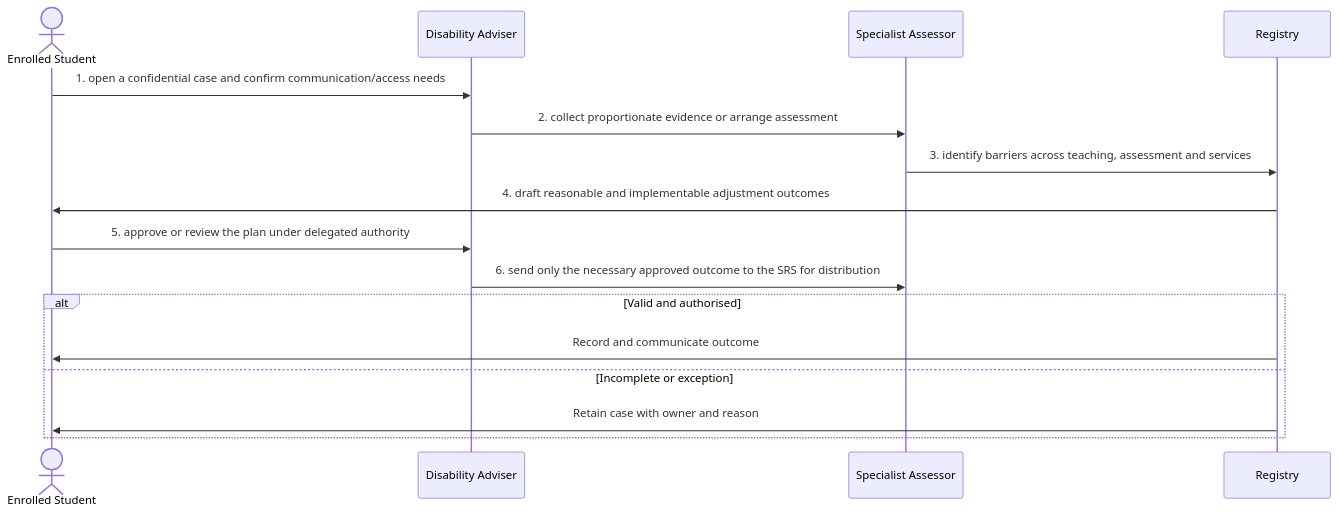
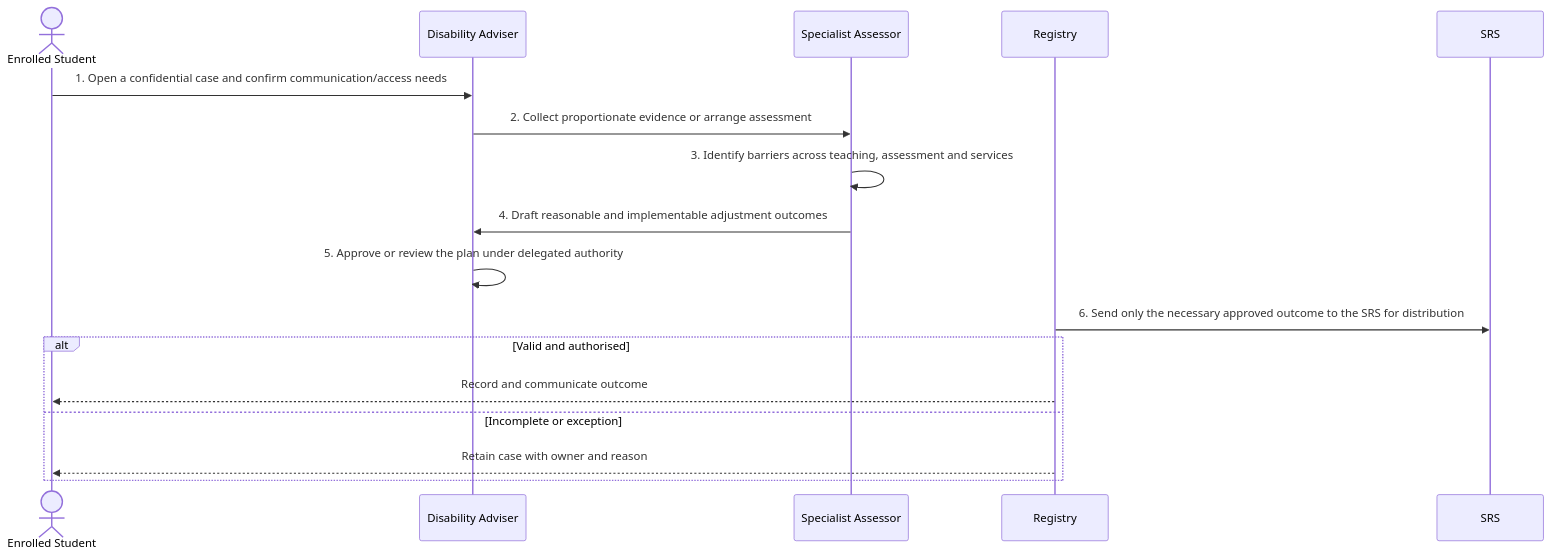
Before and after one commit to RevelationCore/Revelation-SRS: the diagram in docs/business-processes/04-learning-engagement-and-support/bp-04-004-manage-a-reasonable-adjustment-case.md, drawn with Mermaid. The commit also changed other lines of this file and 96 other files, not shown here.

````diff
--- a/docs/business-processes/04-learning-engagement-and-support/bp-04-004-manage-a-reasonable-adjustment-case.md
+++ b/docs/business-processes/04-learning-engagement-and-support/bp-04-004-manage-a-reasonable-adjustment-case.md
@@ -159,18 +159,20 @@
 ```mermaid
 sequenceDiagram
-    actor A1 as Enrolled Student
-    participant A2 as Disability Adviser
-    participant A3 as Specialist Assessor
-    participant A4 as Registry
-    A1->>A2: 1. open a confidential case and confirm communication/access needs
-    A2->>A3: 2. collect proportionate evidence or arrange assessment
-    A3->>A4: 3. identify barriers across teaching, assessment and services
-    A4->>A1: 4. draft reasonable and implementable adjustment outcomes
-    A1->>A2: 5. approve or review the plan under delegated authority
-    A2->>A3: 6. send only the necessary approved outcome to the SRS for distribution
+    actor Student as Enrolled Student
+    participant Adviser as Disability Adviser
+    participant Assessor as Specialist Assessor
+    participant Registry
+    participant SRS
+
+    Student->>Adviser: 1. Open a confidential case and confirm communication/access needs
+    Adviser->>Assessor: 2. Collect proportionate evidence or arrange assessment
+    Assessor->>Assessor: 3. Identify barriers across teaching, assessment and services
+    Assessor->>Adviser: 4. Draft reasonable and implementable adjustment outcomes
+    Adviser->>Adviser: 5. Approve or review the plan under delegated authority
+    Registry->>SRS: 6. Send only the necessary approved outcome to the SRS for distribution
     alt Valid and authorised
-        A4->>A1: Record and communicate outcome
+        Registry-->>Student: Record and communicate outcome
     else Incomplete or exception
-        A4->>A1: Retain case with owner and reason
+        Registry-->>Student: Retain case with owner and reason
     end
 ```
````
